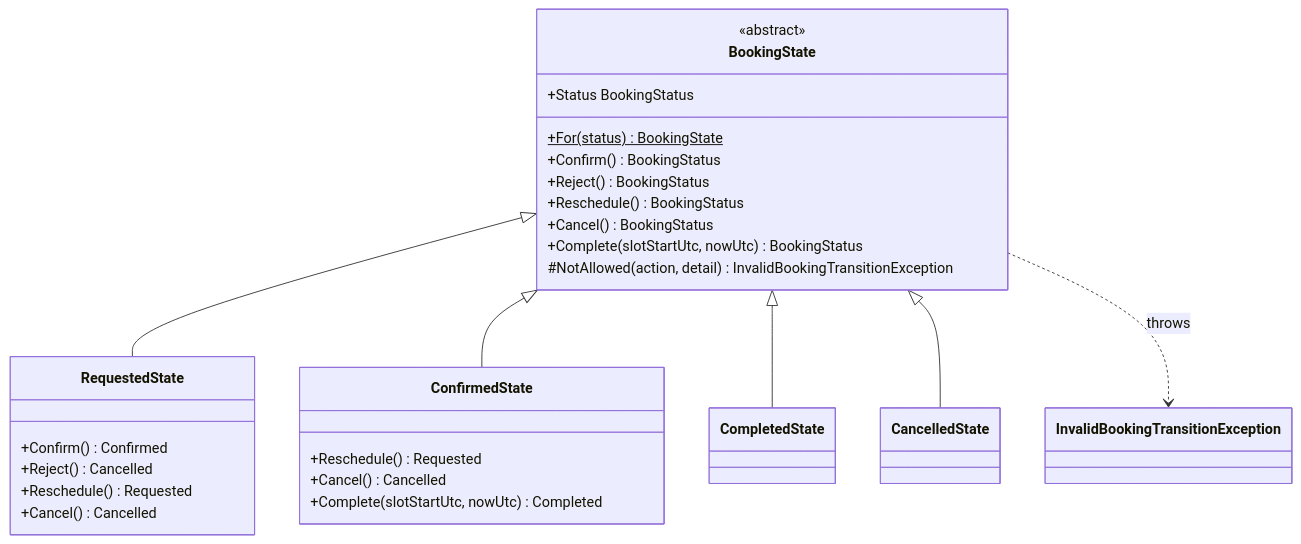
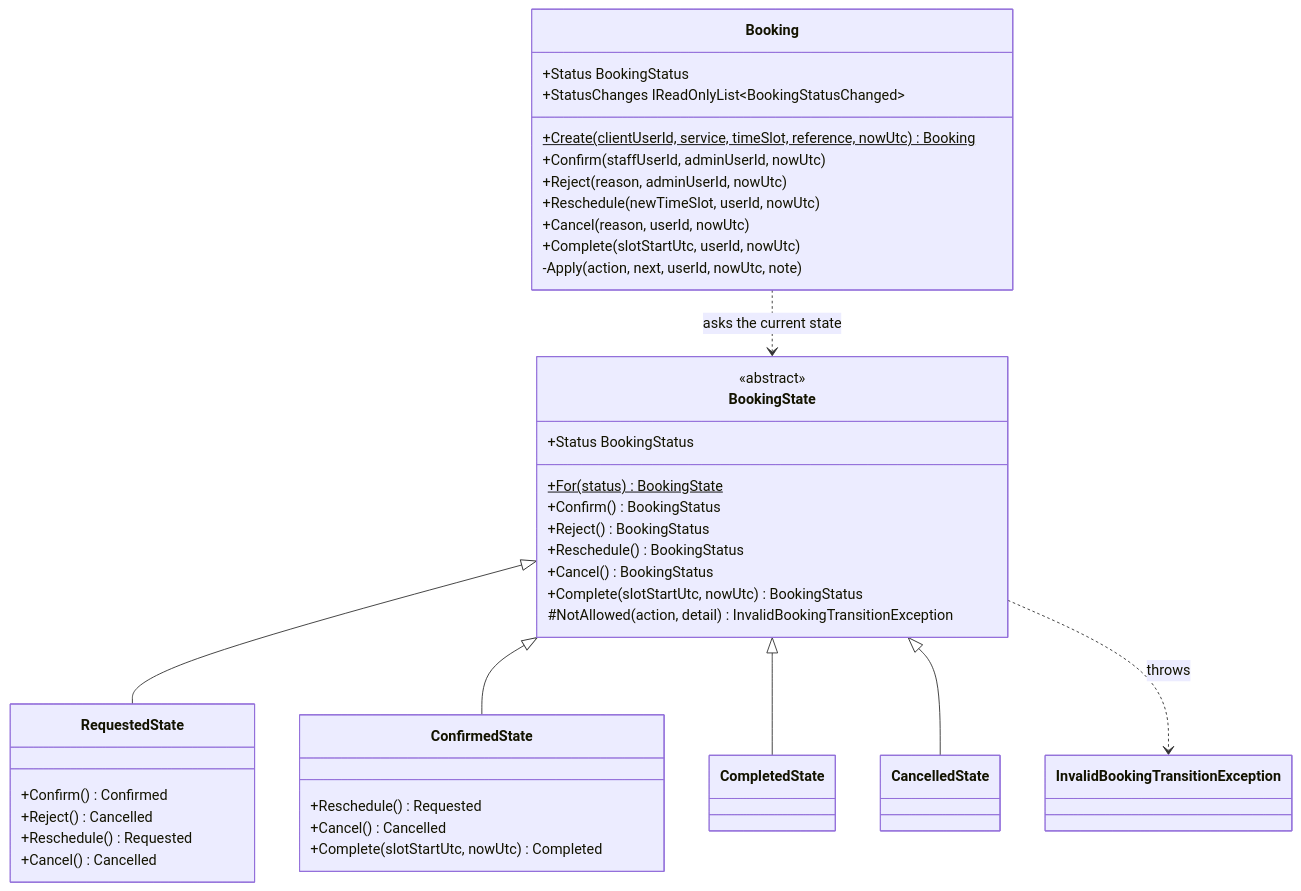
Before and after one commit to Josh0123456/exsensic-insy7315: the second of 4 diagrams in docs/architecture.md, drawn with Mermaid. The commit also changed other lines of this file, not shown here.

First line of the commit message:
docs(booking): complete architecture and design pattern notes

````diff
--- a/docs/architecture.md
+++ b/docs/architecture.md
@@ -53,32 +69,44 @@
 ```mermaid
 classDiagram
+    class Booking {
+        +Status BookingStatus
+        +StatusChanges IReadOnlyList~BookingStatusChanged~
+        +Create(clientUserId, service, timeSlot, reference, nowUtc)$ Booking
+        +Confirm(staffUserId, adminUserId, nowUtc)
+        +Reject(reason, adminUserId, nowUtc)
+        +Reschedule(newTimeSlot, userId, nowUtc)
+        +Cancel(reason, userId, nowUtc)
+        +Complete(slotStartUtc, userId, nowUtc)
+        -Apply(action, next, userId, nowUtc, note)
+    }
     class BookingState {
         <<abstract>>
         +Status BookingStatus
         +For(status)$ BookingState
         +Confirm() BookingStatus
         +Reject() BookingStatus
         +Reschedule() BookingStatus
         +Cancel() BookingStatus
         +Complete(slotStartUtc, nowUtc) BookingStatus
         #NotAllowed(action, detail) InvalidBookingTransitionException
     }
     class RequestedState {
         +Confirm() Confirmed
         +Reject() Cancelled
         +Reschedule() Requested
         +Cancel() Cancelled
     }
     class ConfirmedState {
         +Reschedule() Requested
         +Cancel() Cancelled
         +Complete(slotStartUtc, nowUtc) Completed
     }
     class CompletedState
     class CancelledState
+    Booking ..> BookingState : asks the current state
     BookingState <|-- RequestedState
     BookingState <|-- ConfirmedState
     BookingState <|-- CompletedState
     BookingState <|-- CancelledState
     BookingState ..> InvalidBookingTransitionException : throws
 ```
````
